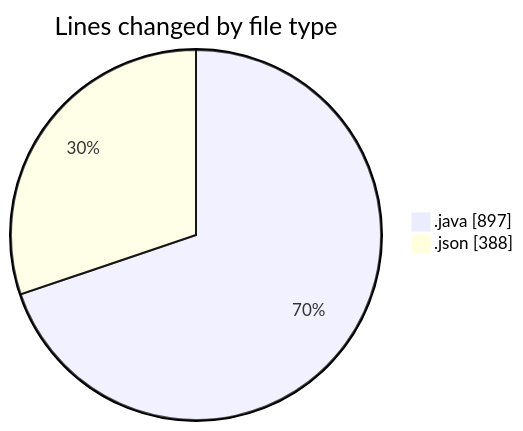
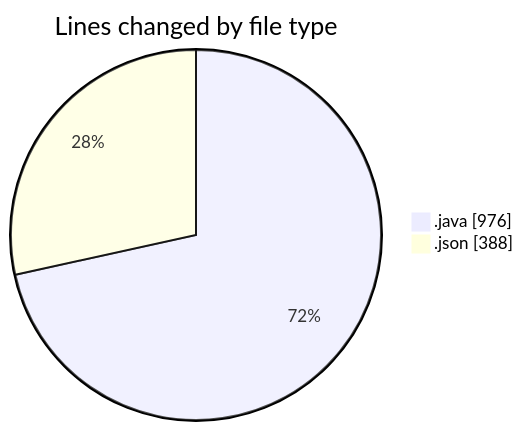
Before and after one commit to charlie-sans/code-tracking: the first of 2 diagrams in 2025-02-25/micros/README.md, drawn with Mermaid. The commit also changed other lines of this file and 1 other file, not shown here.

````diff
--- a/2025-02-25/micros/README.md
+++ b/2025-02-25/micros/README.md
@@ -22,6 +22,6 @@
 ```mermaid
 pie showData
 title Lines changed by file type
-".java" : 897
+".java" : 976
 ".json" : 388
 ```
````
